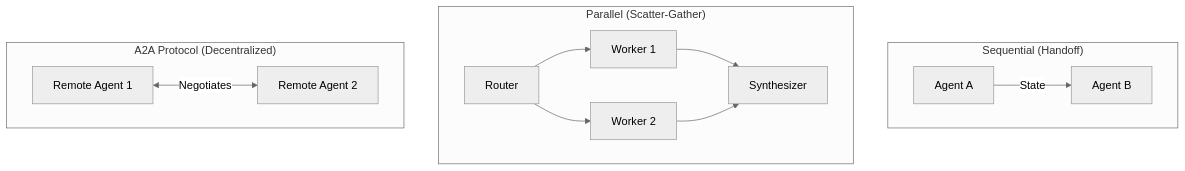
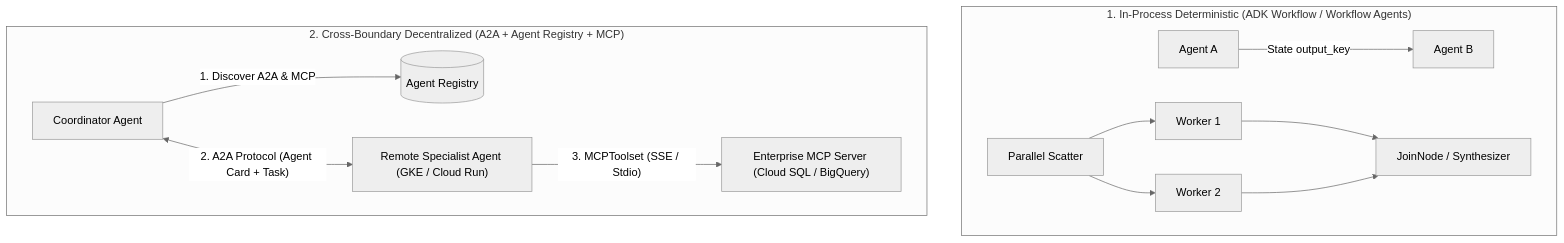
Before and after one commit to cmanikandan/gcp-certification-professional-agentic-architect: the second of 4 diagrams in STUDY_GUIDE.md, drawn with Mermaid (neutral theme). The commit also changed other lines of this file and 24 other files, not shown here.

````diff
--- a/STUDY_GUIDE.md
+++ b/STUDY_GUIDE.md
@@ -74,17 +81,16 @@
 ```mermaid
 graph TD
-    subgraph "Sequential (Handoff)"
-        A[Agent A] -->|State| B[Agent B]
+    subgraph "1. In-Process Deterministic (ADK Workflow / Workflow Agents)"
+        A["Agent A"] -->|"State output_key"| B["Agent B"]
+        Router["Parallel Scatter"] --> P1["Worker 1"]
+        Router --> P2["Worker 2"]
+        P1 --> Join["JoinNode / Synthesizer"]
+        P2 --> Join
     end
-    
-    subgraph "Parallel (Scatter-Gather)"
-        Router --> P1[Worker 1]
-        Router --> P2[Worker 2]
-        P1 --> Synthesizer
-        P2 --> Synthesizer
-    end
-    
-    subgraph "A2A Protocol (Decentralized)"
-        Rem1[Remote Agent 1] <-->|Negotiates| Rem2[Remote Agent 2]
+
+    subgraph "2. Cross-Boundary Decentralized (A2A + Agent Registry + MCP)"
+        Coord["Coordinator Agent"] -->|"1. Discover A2A & MCP"| Reg[("Agent Registry")]
+        Coord <-->|"2. A2A Protocol (Agent Card + Task)"| Rem["Remote Specialist Agent (GKE / Cloud Run)"]
+        Rem -->|"3. MCPToolset (SSE / Stdio)"| MCP["Enterprise MCP Server (Cloud SQL / BigQuery)"]
     end
 ```
````
